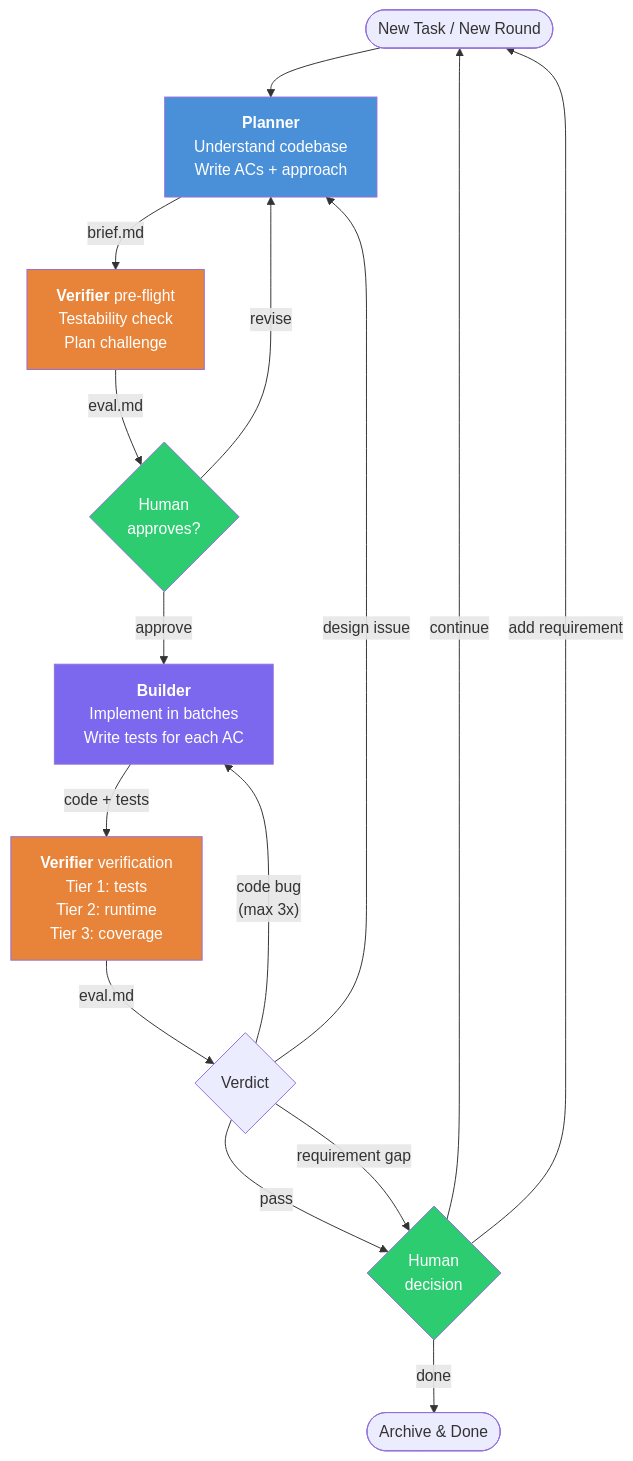
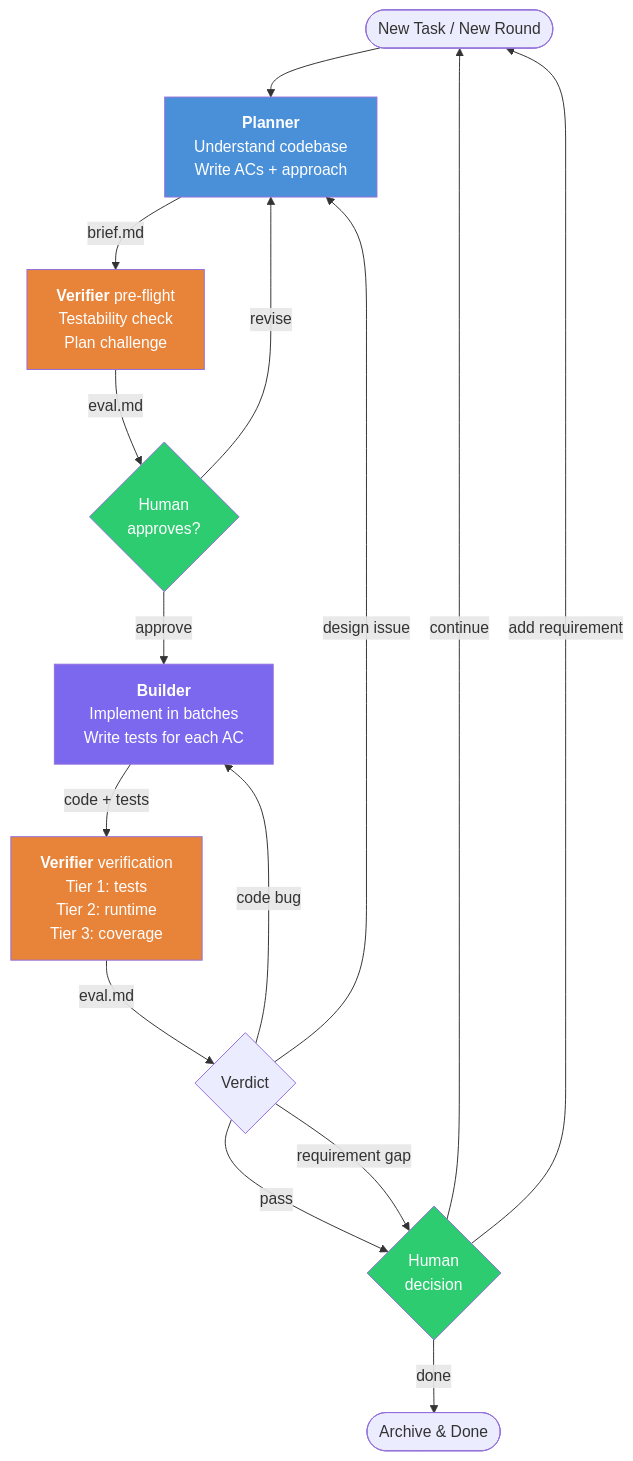
The first of 2 diagrams in README.md (hex1n/baton), drawn with Mermaid before and after one commit. The commit also changed other lines of this file and 3 other files, not shown here.

````diff
--- a/README.md
+++ b/README.md
@@ -47,29 +50,29 @@
 ```mermaid
 flowchart TD
     Start([New Task / New Round]) --> Planner
     Planner["<b>Planner</b><br/>Understand codebase<br/>Write ACs + approach"] -->|brief.md| PreFlight
     PreFlight["<b>Verifier</b> pre-flight<br/>Testability check<br/>Plan challenge"] -->|eval.md| HumanApprove
     HumanApprove{Human<br/>approves?}
     HumanApprove -->|revise| Planner
     HumanApprove -->|approve| Builder
     Builder["<b>Builder</b><br/>Implement in batches<br/>Write tests for each AC"] -->|code + tests| Verify
     Verify["<b>Verifier</b> verification<br/>Tier 1: tests<br/>Tier 2: runtime<br/>Tier 3: coverage"] -->|eval.md| Verdict
 
     Verdict{Verdict}
     Verdict -->|"pass"| HumanNext
-    Verdict -->|"code bug<br/>(max 3x)"| Builder
+    Verdict -->|"code bug"| Builder
     Verdict -->|"design issue"| Planner
     Verdict -->|"requirement gap"| HumanNext
 
     HumanNext{Human<br/>decision}
     HumanNext -->|continue| Start
     HumanNext -->|add requirement| Start
     HumanNext -->|done| Archive([Archive & Done])
 
     style Planner fill:#4A90D9,color:#fff
     style Builder fill:#7B68EE,color:#fff
     style PreFlight fill:#E8833A,color:#fff
     style Verify fill:#E8833A,color:#fff
     style HumanApprove fill:#2ECC71,color:#fff
     style HumanNext fill:#2ECC71,color:#fff
 ```
````
